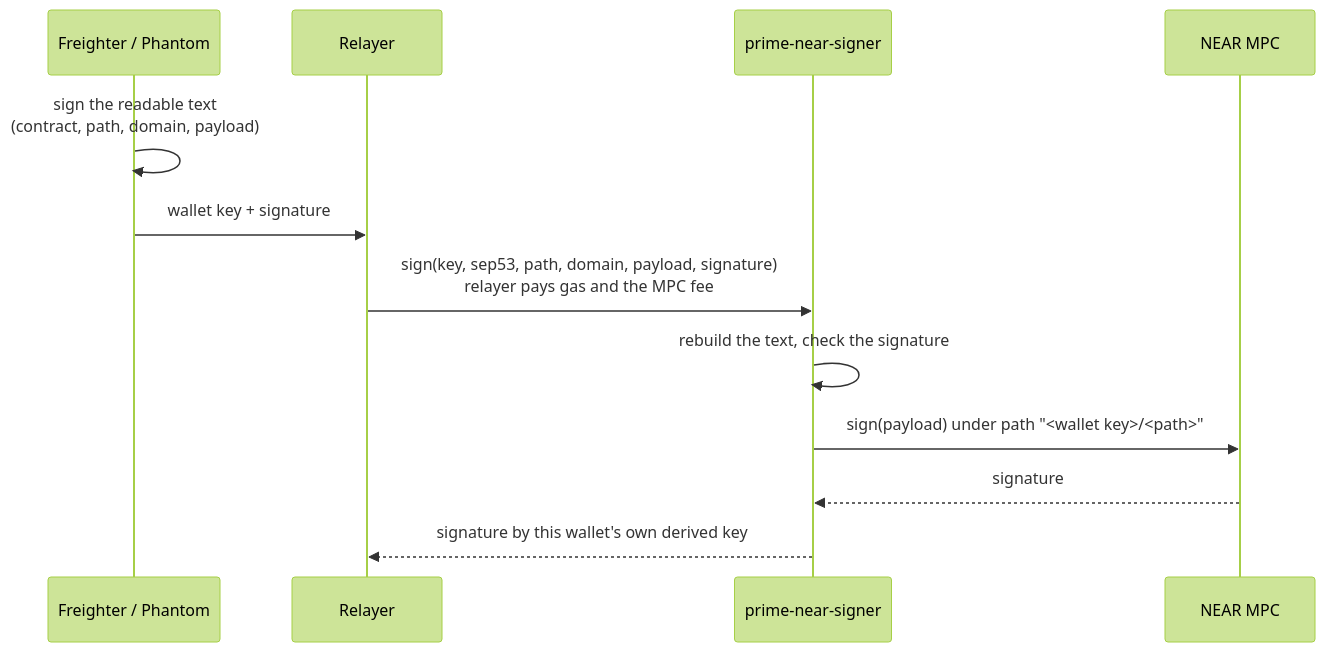
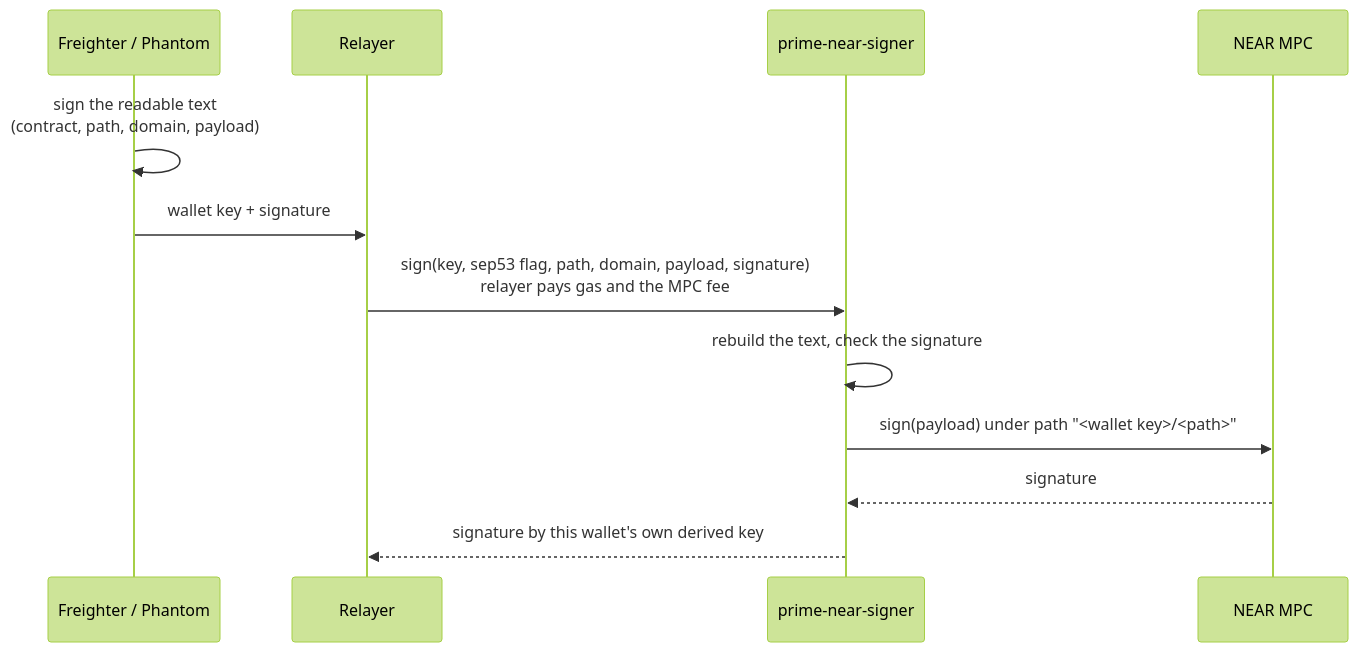
Before and after one commit to untangledfinance/oz-policy-builder: the third of 8 diagrams in contracts/prime-session/ARCHITECTURE.md, drawn with Mermaid (forest theme). The commit also changed other lines of this file and 81 other files, not shown here.

````diff
--- a/contracts/prime-session/ARCHITECTURE.md
+++ b/contracts/prime-session/ARCHITECTURE.md
@@ -160,14 +161,14 @@
 ```mermaid
 sequenceDiagram
   participant W as Freighter / Phantom
   participant R as Relayer
   participant S as prime-near-signer
   participant M as NEAR MPC
   W->>W: sign the readable text<br/>(contract, path, domain, payload)
   W->>R: wallet key + signature
-  R->>S: sign(key, sep53, path, domain, payload, signature)<br/>relayer pays gas and the MPC fee
+  R->>S: sign(key, sep53 flag, path, domain, payload, signature)<br/>relayer pays gas and the MPC fee
   S->>S: rebuild the text, check the signature
   S->>M: sign(payload) under path "<wallet key>/<path>"
   M-->>S: signature
   S-->>R: signature by this wallet's own derived key
 ```
````
